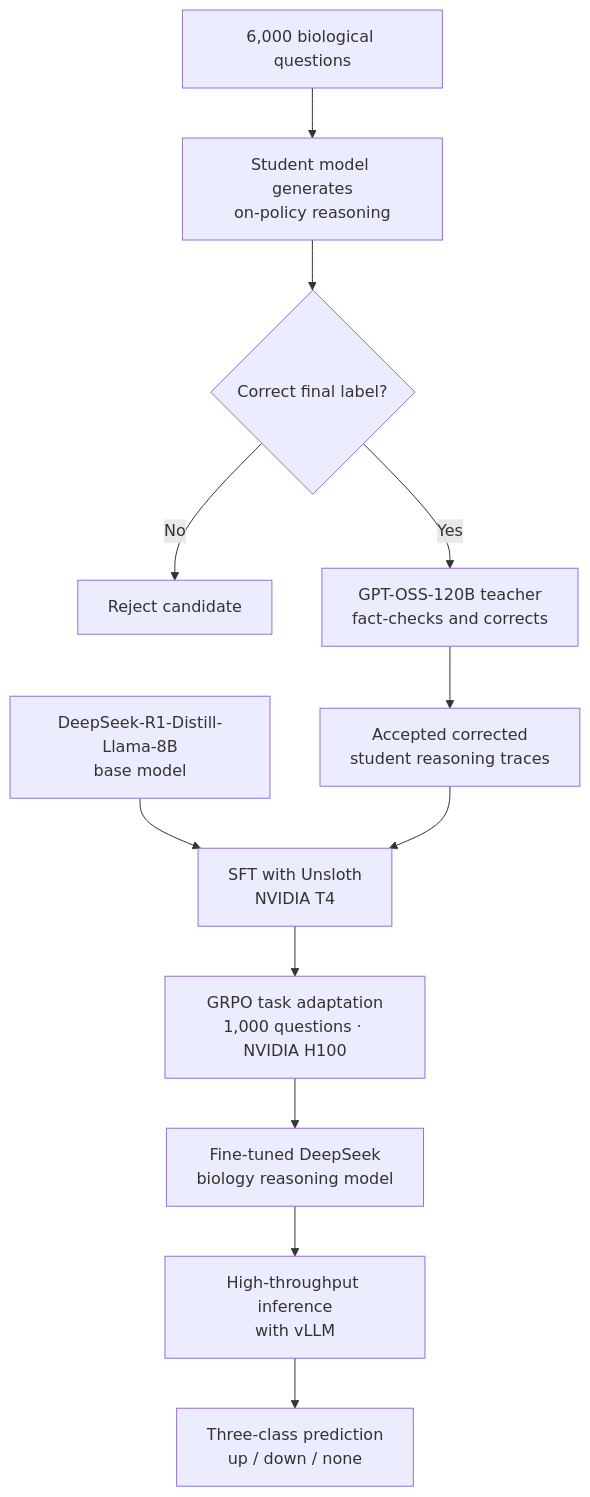
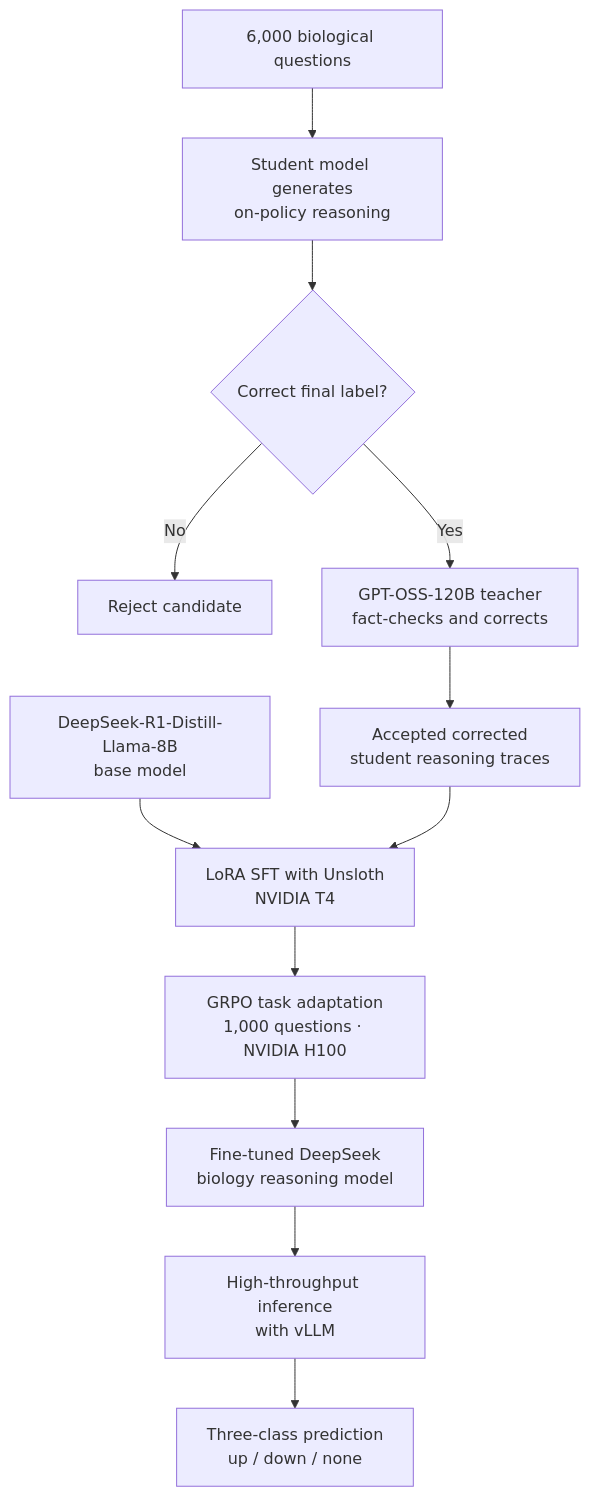
The diagram in README.md (rishaviitd/kaggle.bioreasoning.challenge), drawn with Mermaid before and after one commit. The commit also changed other lines of this file, not shown here.

````diff
--- a/README.md
+++ b/README.md
@@ -211,15 +211,15 @@
 ```mermaid
 flowchart TD
     D["6,000 biological questions"] --> M["Student model generates<br/>on-policy reasoning"]
     M --> C{"Correct final label?"}
     C -->|"No"| X["Reject candidate"]
     C -->|"Yes"| T["GPT-OSS-120B teacher<br/>fact-checks and corrects"]
     T --> R["Accepted corrected<br/>student reasoning traces"]
 
-    B["DeepSeek-R1-Distill-Llama-8B<br/>base model"] --> S["SFT with Unsloth<br/>NVIDIA T4"]
+    B["DeepSeek-R1-Distill-Llama-8B<br/>base model"] --> S["LoRA SFT with Unsloth<br/>NVIDIA T4"]
     R --> S
     S --> G["GRPO task adaptation<br/>1,000 questions · NVIDIA H100"]
     G --> F["Fine-tuned DeepSeek<br/>biology reasoning model"]
     F --> I["High-throughput inference<br/>with vLLM"]
     I --> O["Three-class prediction<br/>up / down / none"]
 ```
````
